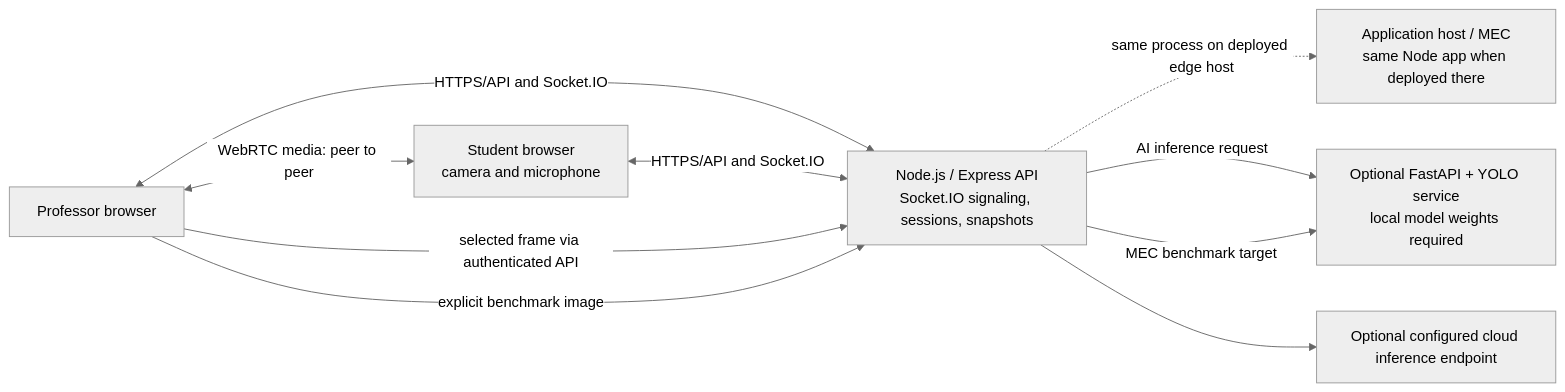
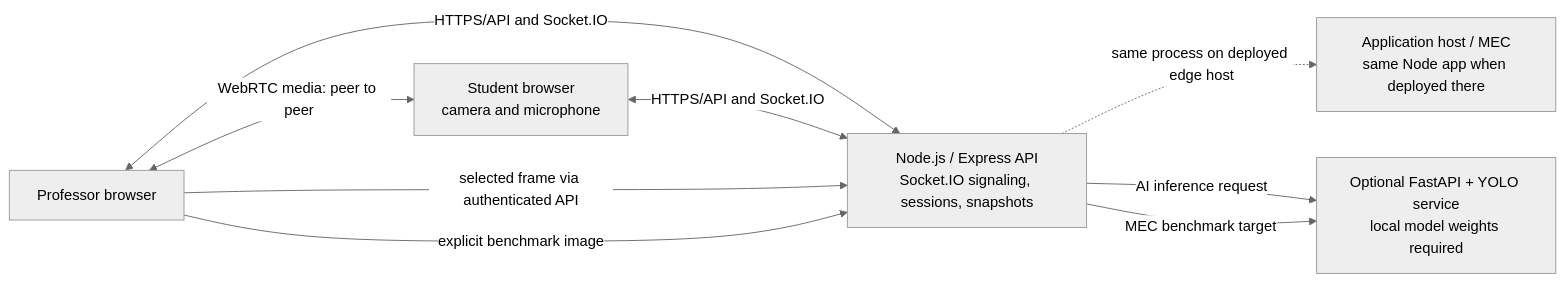
One commit to Shrujanapyla/5givelabassist changed the diagram in docs/EXPERIMENT_EXECUTION_GUIDE.md. Above: the diagram before and after it, drawn with Mermaid (neutral theme). The commit also changed other lines of this file and 5 other files, not shown here.

````diff
--- a/docs/EXPERIMENT_EXECUTION_GUIDE.md
+++ b/docs/EXPERIMENT_EXECUTION_GUIDE.md
@@ -7,19 +7,17 @@
 ```mermaid
 flowchart LR
   P[Professor browser]
   S[Student browser<br/>camera and microphone]
   B[Node.js / Express API<br/>Socket.IO signaling, sessions, snapshots]
   M[Application host / MEC<br/>same Node app when deployed there]
   A[Optional FastAPI + YOLO service<br/>local model weights required]
-  C[Optional configured cloud inference endpoint]
 
   P <-->|WebRTC media: peer to peer| S
   P <-->|HTTPS/API and Socket.IO| B
   S <-->|HTTPS/API and Socket.IO| B
   B -. same process on deployed edge host .-> M
   P -->|selected frame via authenticated API| B
   B -->|AI inference request| A
   P -->|explicit benchmark image| B
   B -->|MEC benchmark target| A
-  B --> C
 ```
````
